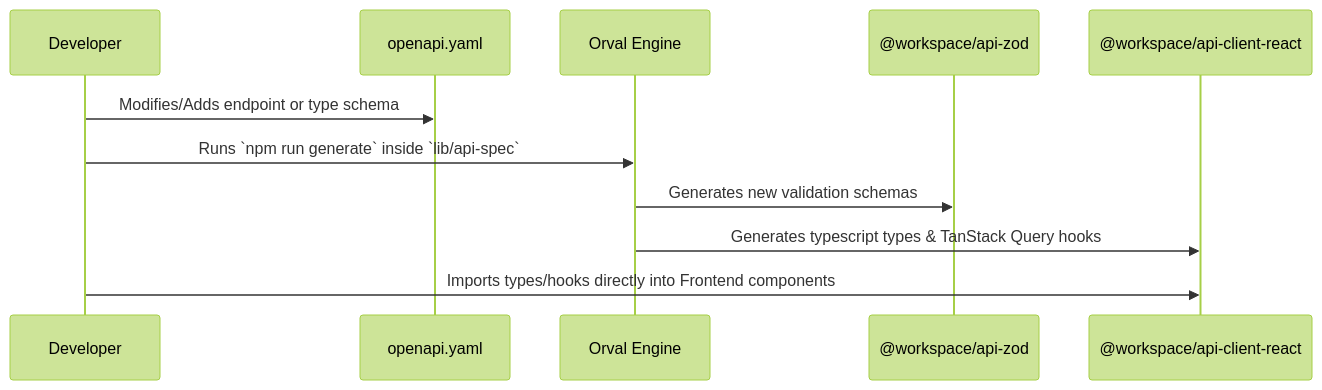
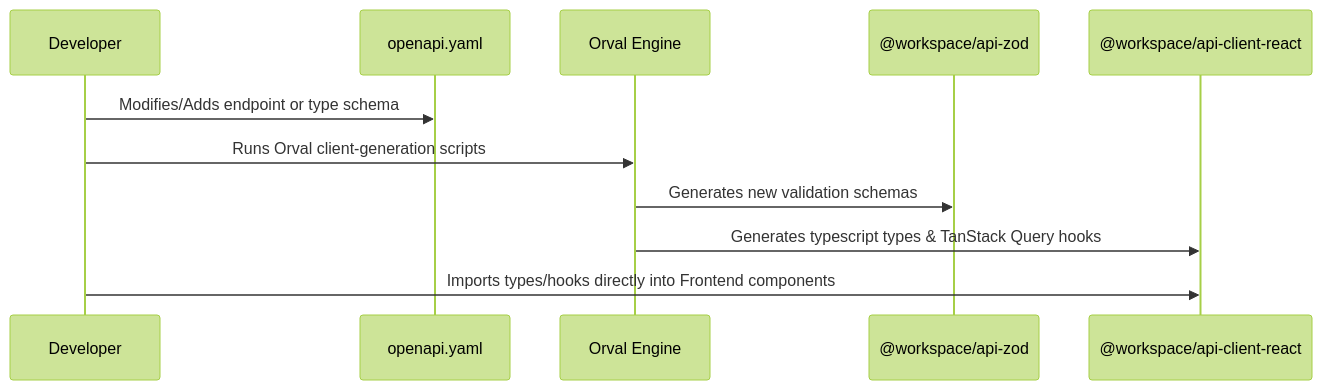
One commit to bhaskar241106/SENTINAL-X changed the second of 2 diagrams in README.md. Above: the diagram before and after it, drawn with Mermaid (forest theme). The commit also changed other lines of this file and 42 other files, not shown here.

````diff
--- a/README.md
+++ b/README.md
@@ -212,14 +219,14 @@
 ```mermaid
 sequenceDiagram
     participant Dev as Developer
     participant Spec as openapi.yaml
     participant Orval as Orval Engine
     participant Zod as @workspace/api-zod
     participant React as @workspace/api-client-react
     
     Dev->>Spec: Modifies/Adds endpoint or type schema
-    Dev->>Orval: Runs `npm run generate` inside `lib/api-spec`
+    Dev->>Orval: Runs Orval client-generation scripts
     Orval->>Zod: Generates new validation schemas
     Orval->>React: Generates typescript types & TanStack Query hooks
     Dev->>React: Imports types/hooks directly into Frontend components
 ```
````
